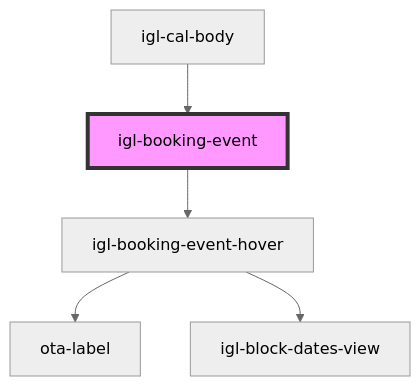
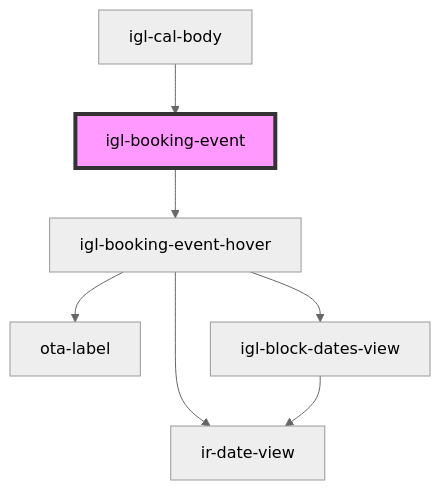
Before and after one commit to David1Chowaifaty/modified-ir-webcmp: the diagram in src/components/igloo-calendar/igl-booking-event/readme.md, drawn with Mermaid (neutral theme). The commit also changed 47 other files, not shown here.

````diff
--- a/src/components/igloo-calendar/igl-booking-event/readme.md
+++ b/src/components/igloo-calendar/igl-booking-event/readme.md
@@ -44,8 +44,10 @@
 ```mermaid
 graph TD;
   igl-booking-event --> igl-booking-event-hover
   igl-booking-event-hover --> ota-label
+  igl-booking-event-hover --> ir-date-view
   igl-booking-event-hover --> igl-block-dates-view
+  igl-block-dates-view --> ir-date-view
   igl-cal-body --> igl-booking-event
   style igl-booking-event fill:#f9f,stroke:#333,stroke-width:4px
 ```
````
